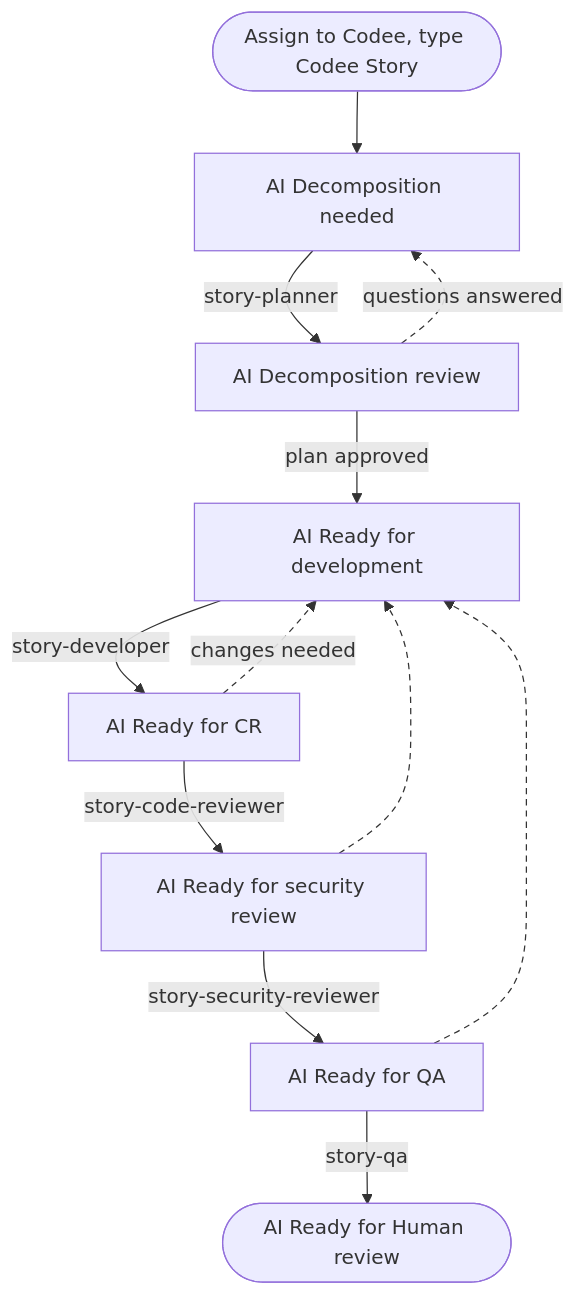
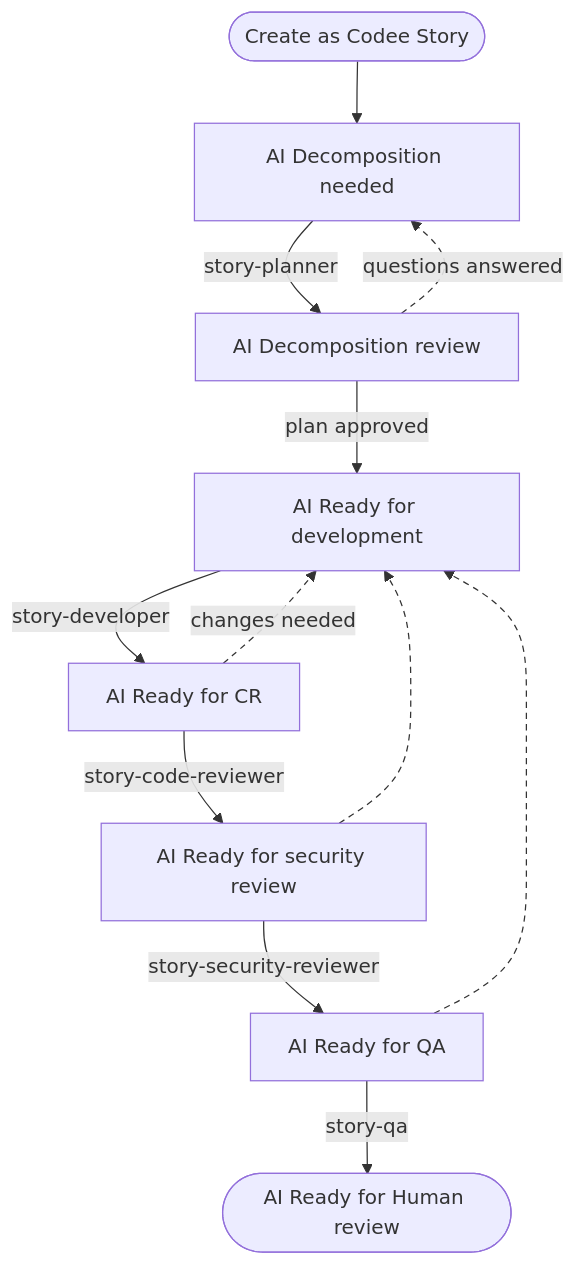
One commit to fusebase-dev/codee changed the first of 2 diagrams in docs/docs/tutorials/working-on-tasks-in-azure-devops.mdx. Above: the diagram before and after it, drawn with Mermaid. The commit also changed other lines of this file and 9 other files, not shown here.

````diff
--- a/docs/docs/tutorials/working-on-tasks-in-azure-devops.mdx
+++ b/docs/docs/tutorials/working-on-tasks-in-azure-devops.mdx
@@ -350,18 +372,18 @@
 ```mermaid
 flowchart TD
-    start([Assign to Codee, type Codee Story]) --> decomp[AI Decomposition needed]
+    start([Create as Codee Story]) --> decomp[AI Decomposition needed]
     decomp -->|story-planner| review[AI Decomposition review]
     review -.->|questions answered| decomp
     review -->|plan approved| dev[AI Ready for development]
     dev -->|story-developer| cr[AI Ready for CR]
     cr -->|story-code-reviewer| sec[AI Ready for security review]
     sec -->|story-security-reviewer| qa[AI Ready for QA]
     qa -->|story-qa| done([AI Ready for Human review])
     cr -.->|changes needed| dev
     sec -.-> dev
     qa -.-> dev
 
     class start,review,done human
     class decomp,dev,cr,sec,qa codee
     linkStyle 2,8,9,10 stroke-dasharray: 5 4
 ```
````
